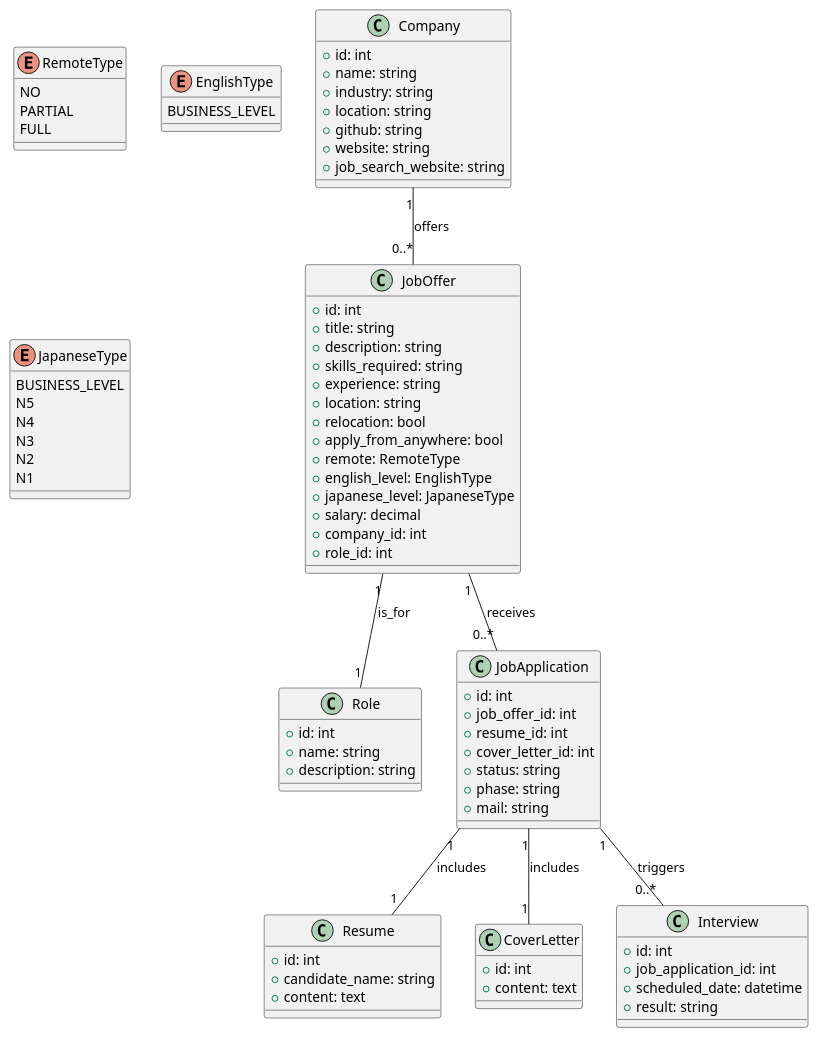
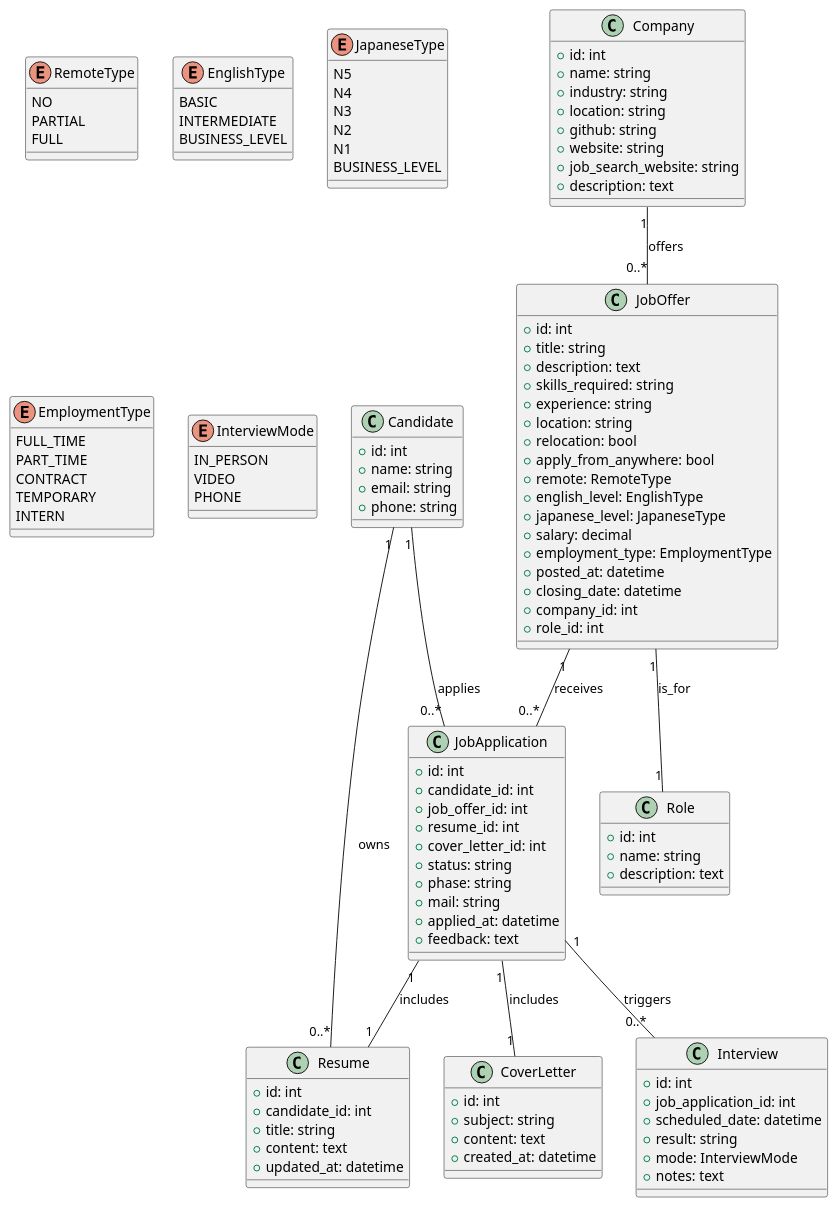
Before and after one commit to cryptrunner49/job-hunters: the diagram in docs/class_diagram.puml, drawn with PlantUML. The commit also changed 1 other file, not shown here.

Commit message:
Update class diagram

```diff
--- a/docs/class_diagram.puml
+++ b/docs/class_diagram.puml
@@ -1,98 +1,139 @@
 @startuml
+
+' Candidate represents the user applying to jobs.
+class Candidate {
+  + id: int
+  + name: string
+  + email: string
+  + phone: string
+}
 
 ' Company offers many JobOffers.
 class Company {
   + id: int
   + name: string
   + industry: string
   + location: string
   + github: string
   + website: string
   + job_search_website: string
+  + description: text
 }
 
 ' JobOffer belongs to one Company and is associated with one Role.
 class JobOffer {
   + id: int
   + title: string
-  + description: string
+  + description: text
   + skills_required: string
   + experience: string
   + location: string
   + relocation: bool
   + apply_from_anywhere: bool
   + remote: RemoteType
   + english_level: EnglishType
   + japanese_level: JapaneseType
   + salary: decimal
+  + employment_type: EmploymentType
+  + posted_at: datetime
+  + closing_date: datetime
   + company_id: int
   + role_id: int
 }
 
 ' Role defines the position for a JobOffer.
 class Role {
   + id: int
   + name: string
-  + description: string
+  + description: text
 }
 
-' A Resume represents the candidate's CV.
+' A Resume represents one of possibly many CVs a candidate can maintain.
 class Resume {
   + id: int
-  + candidate_name: string
+  + candidate_id: int
+  + title: string
   + content: text
+  + updated_at: datetime
 }
 
 ' A CoverLetter that accompanies a JobApplication.
 class CoverLetter {
   + id: int
+  + subject: string
   + content: text
+  + created_at: datetime
 }
 
 ' JobApplication links a candidate (with a Resume and CoverLetter) to a JobOffer.
 class JobApplication {
   + id: int
+  + candidate_id: int
   + job_offer_id: int
   + resume_id: int
   + cover_letter_id: int
   + status: string
   + phase: string
   + mail: string
+  + applied_at: datetime
+  + feedback: text
 }
 
 ' An Interview is scheduled for a JobApplication.
 class Interview {
   + id: int
   + job_application_id: int
   + scheduled_date: datetime
   + result: string
+  + mode: InterviewMode
+  + notes: text
 }
 
 enum RemoteType {
   NO
   PARTIAL
   FULL
 }
 
 enum EnglishType {
+  BASIC
+  INTERMEDIATE
   BUSINESS_LEVEL
 }
 
 enum JapaneseType {
-  BUSINESS_LEVEL
   N5
   N4
   N3
   N2
   N1
+  BUSINESS_LEVEL
+}
+
+enum EmploymentType {
+  FULL_TIME
+  PART_TIME
+  CONTRACT
+  TEMPORARY
+  INTERN
+}
+
+enum InterviewMode {
+  IN_PERSON
+  VIDEO
+  PHONE
 }
 
 ' Define relationships
+Candidate "1" -- "0..*" Resume : owns
+Candidate "1" -- "0..*" JobApplication : applies
+
 Company "1" -- "0..*" JobOffer : offers
 JobOffer "1" -- "1" Role : is_for
 JobOffer "1" -- "0..*" JobApplication : receives
+
 JobApplication "1" -- "1" Resume : includes
 JobApplication "1" -- "1" CoverLetter : includes
 JobApplication "1" -- "0..*" Interview : triggers
 
 @enduml
```
